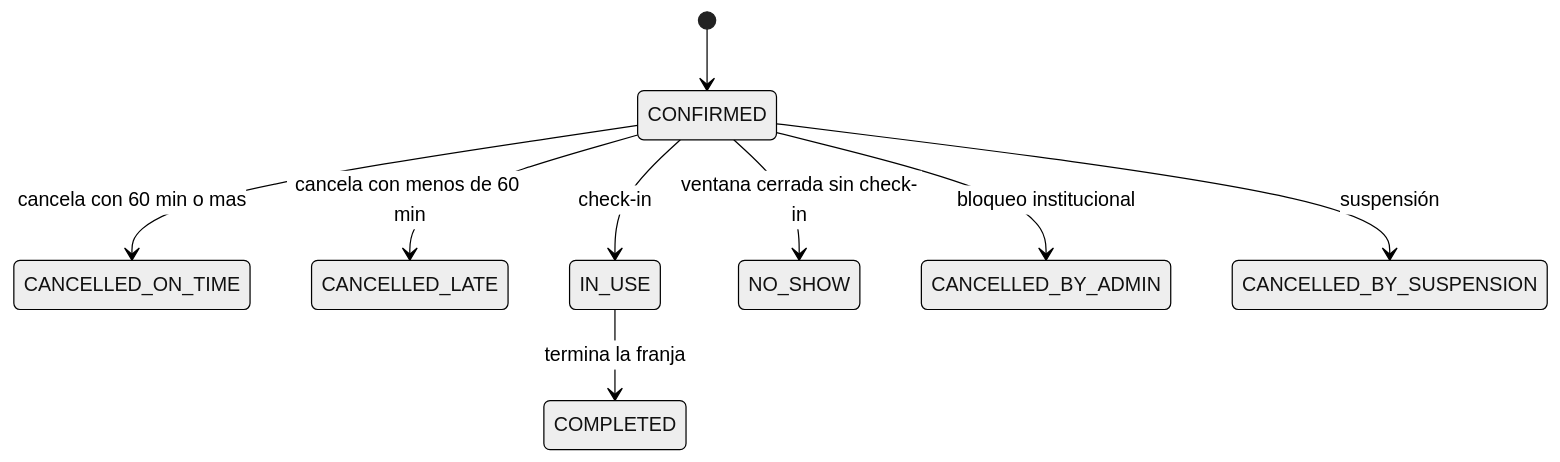
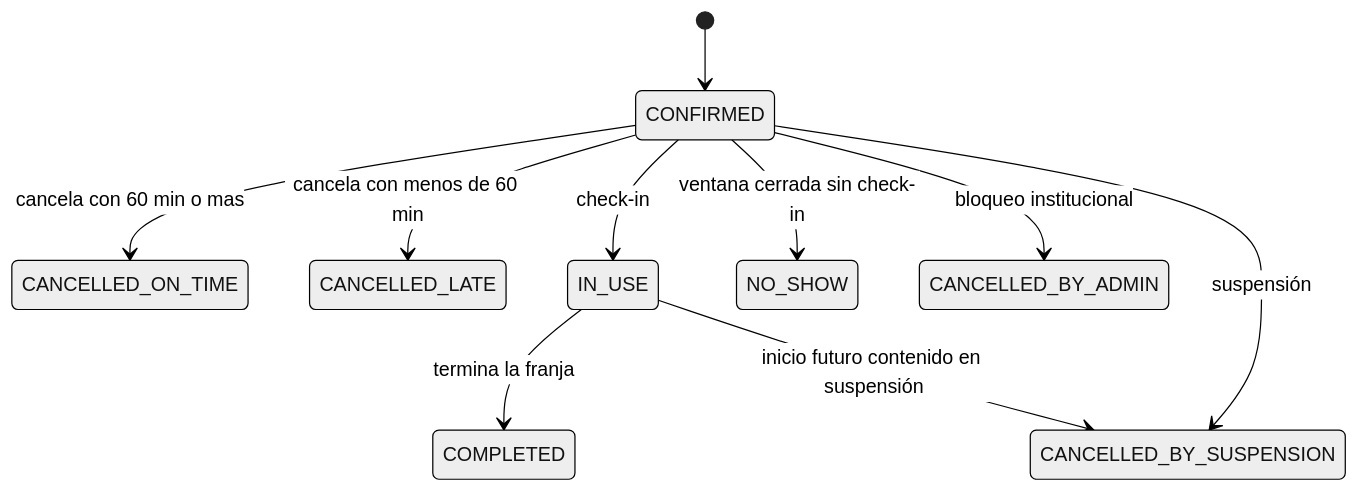
The fifth of 5 diagrams in docs/techincal-plan/plan-general.md (SebasTK2008/Unimag-Deportes), drawn with Mermaid (neutral theme) before and after one commit. The commit also changed other lines of this file and 13 other files, not shown here.

````diff
--- a/docs/techincal-plan/plan-general.md
+++ b/docs/techincal-plan/plan-general.md
@@ -624,11 +626,12 @@
 ```mermaid
 stateDiagram-v2
   [*] --> CONFIRMED
   CONFIRMED --> CANCELLED_ON_TIME: cancela con 60 min o mas
   CONFIRMED --> CANCELLED_LATE: cancela con menos de 60 min
   CONFIRMED --> IN_USE: check-in
   CONFIRMED --> NO_SHOW: ventana cerrada sin check-in
   CONFIRMED --> CANCELLED_BY_ADMIN: bloqueo institucional
   CONFIRMED --> CANCELLED_BY_SUSPENSION: suspensión
   IN_USE --> COMPLETED: termina la franja
+  IN_USE --> CANCELLED_BY_SUSPENSION: inicio futuro contenido en suspensión
 ```
````
